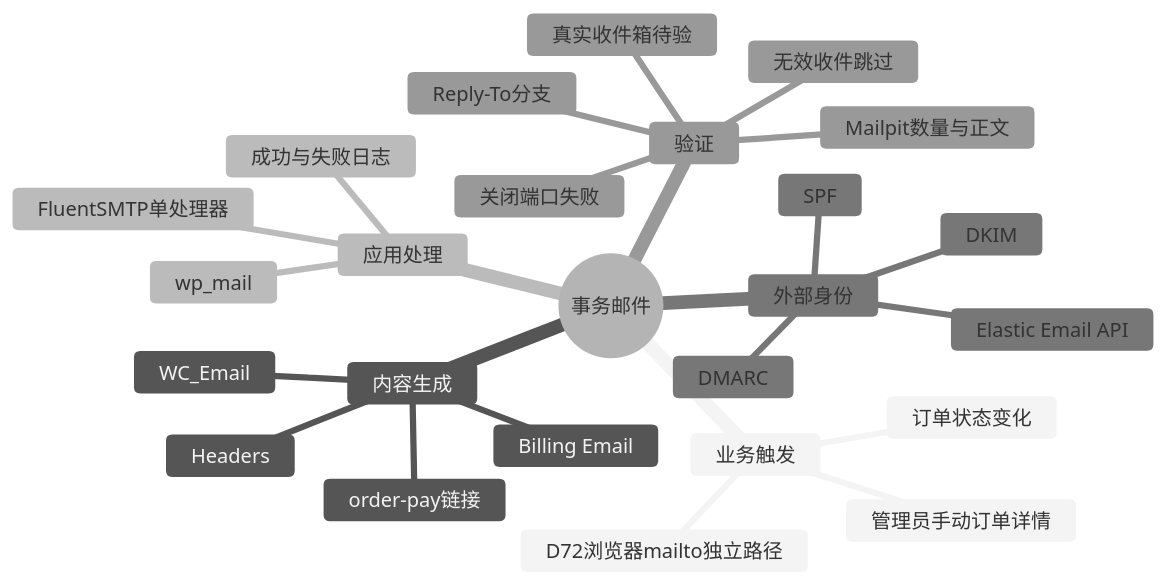
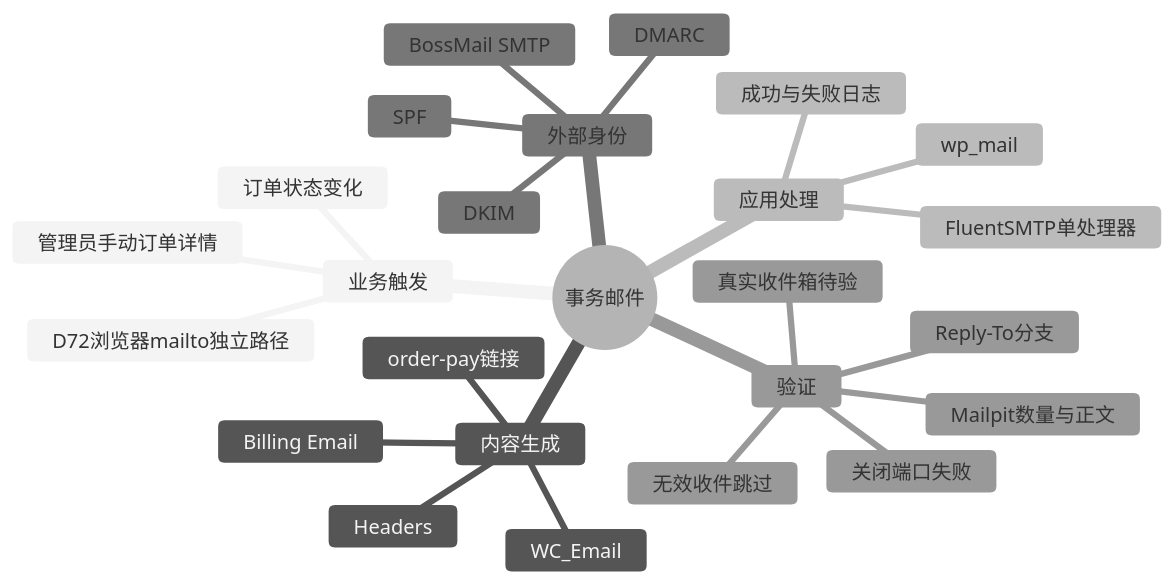
The first of 2 diagrams in project-docs/笔记/WordPress实战笔记/Day77-WordPress事务邮件链与可观察性.md (nicewangli/dentall), drawn with Mermaid (neutral theme) before and after one commit. The commit also changed other lines of this file and 23 other files, not shown here.

````diff
--- a/project-docs/笔记/WordPress实战笔记/Day77-WordPress事务邮件链与可观察性.md
+++ b/project-docs/笔记/WordPress实战笔记/Day77-WordPress事务邮件链与可观察性.md
@@ -64,28 +64,28 @@
 ```mermaid
 mindmap
   root((事务邮件))
     业务触发
       订单状态变化
       管理员手动订单详情
       D72浏览器mailto独立路径
     内容生成
       WC_Email
       Billing Email
       order-pay链接
       Headers
     应用处理
       wp_mail
       FluentSMTP单处理器
       成功与失败日志
     外部身份
-      Elastic Email API
+      BossMail SMTP
       SPF
       DKIM
       DMARC
     验证
       Mailpit数量与正文
       Reply-To分支
       无效收件跳过
       关闭端口失败
       真实收件箱待验
 ```
````
